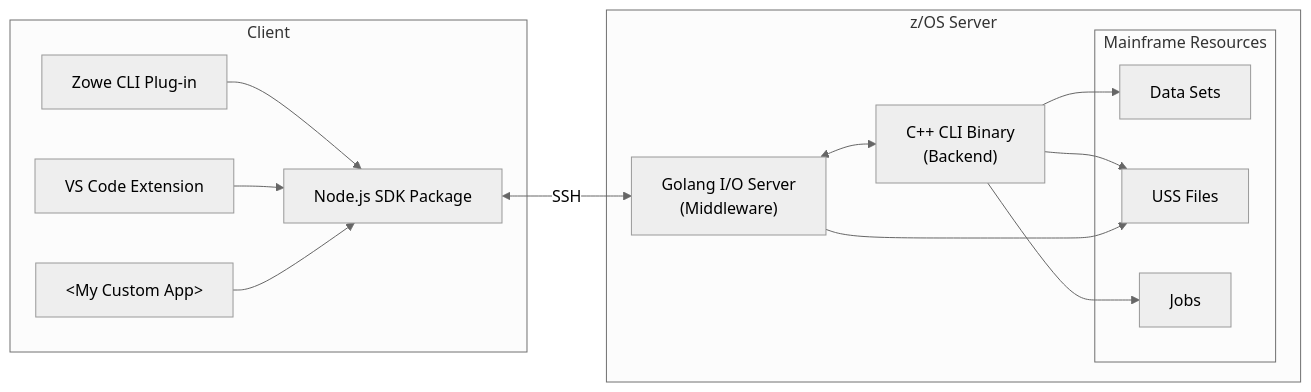
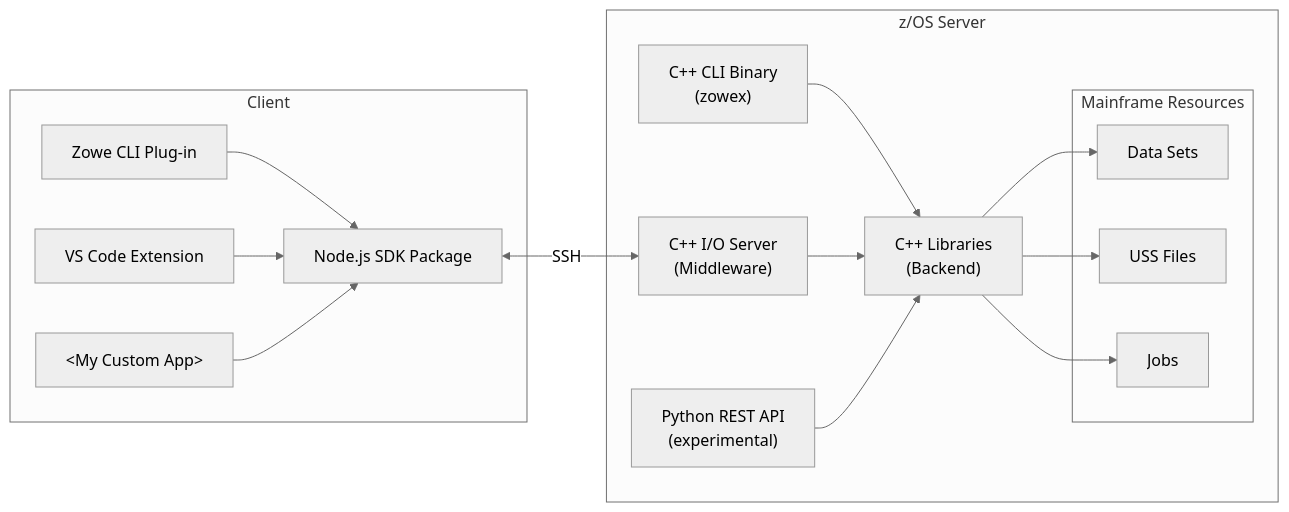
Before and after one commit to zowe/zowe-native-proto: the diagram in README.md, drawn with Mermaid (neutral theme). The commit also changed other lines of this file and 69 other files, not shown here.

First line of the commit message:
native: Remove old Golang middleware (#595)

````diff
--- a/README.md
+++ b/README.md
@@ -117,27 +116,28 @@
 ```mermaid
 graph LR
   subgraph Client
   sdk[Node.js SDK Package]
   cli[Zowe CLI Plug-in]-->sdk
   vsce[VS Code Extension]-->sdk
   other[&lt;My Custom App&gt;]-->sdk
   end
   subgraph z/OS Server
-  ioserver["Golang I/O Server<br>(Middleware)"]<-->zowex["C++ CLI Binary<br>(Backend)"]
+  zowex["C++ CLI Binary<br>(zowex)"]-->cpp
+  ioserver["C++ I/O Server<br>(Middleware)"]-->cpp["C++ Libraries<br>(Backend)"]
+  python["Python REST API<br>(experimental)"]-->cpp
   sdk<-->|SSH|ioserver
   subgraph Mainframe Resources
   ds[Data Sets]
   uss[USS Files]
   jobs[Jobs]
   end
-  zowex-->ds
-  zowex-->uss
-  zowex-->jobs
-  ioserver-->uss
+  cpp-->ds
+  cpp-->uss
+  cpp-->jobs
   end
   click sdk "https://github.com/zowe/zowe-native-proto/blob/main/doc/client/architecture.md#sdk-package"
   click cli "https://github.com/zowe/zowe-native-proto/blob/main/doc/client/architecture.md#cli-plug-in"
   click vsce "https://github.com/zowe/zowe-native-proto/blob/main/doc/client/architecture.md#vs-code-extension"
-  click ioserver "https://github.com/zowe/zowe-native-proto/blob/main/doc/server/ioserver_architecture.md"
+  click ioserver "https://github.com/zowe/zowe-native-proto/blob/main/doc/server/zowed_architecture.md"
   click zowex "https://github.com/zowe/zowe-native-proto/blob/main/doc/server/zowex_architecture.md"
 ```
````
